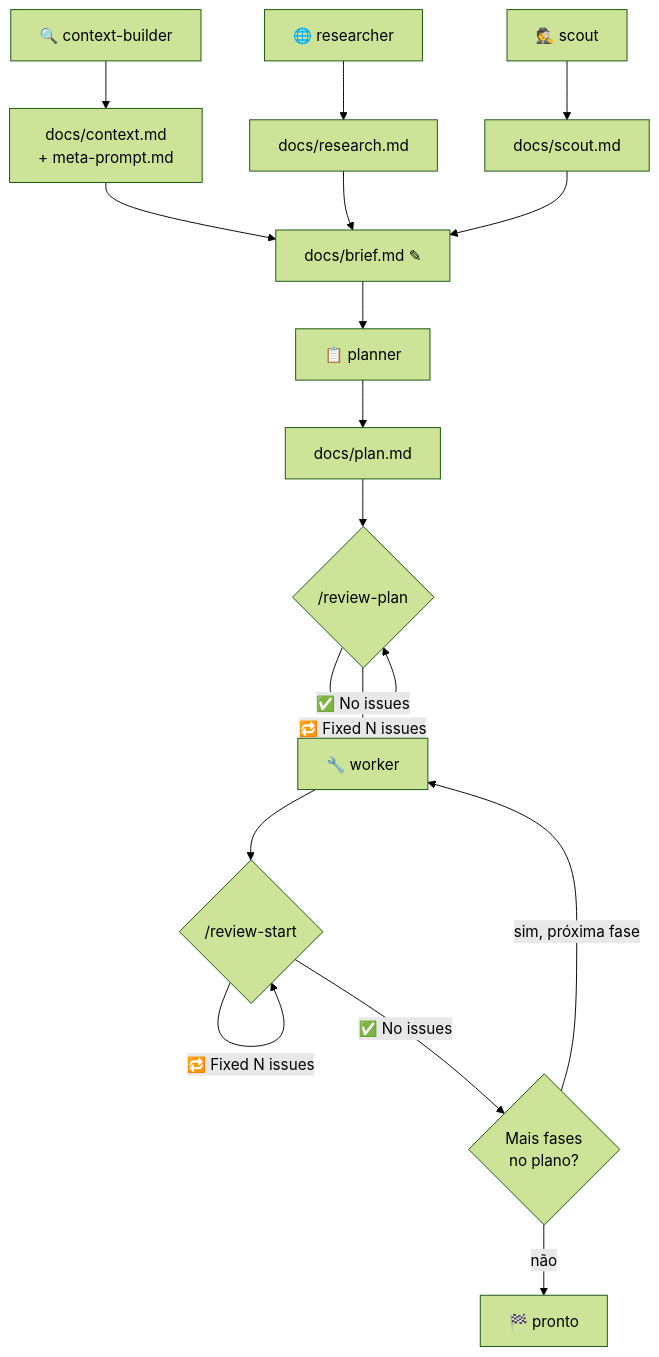
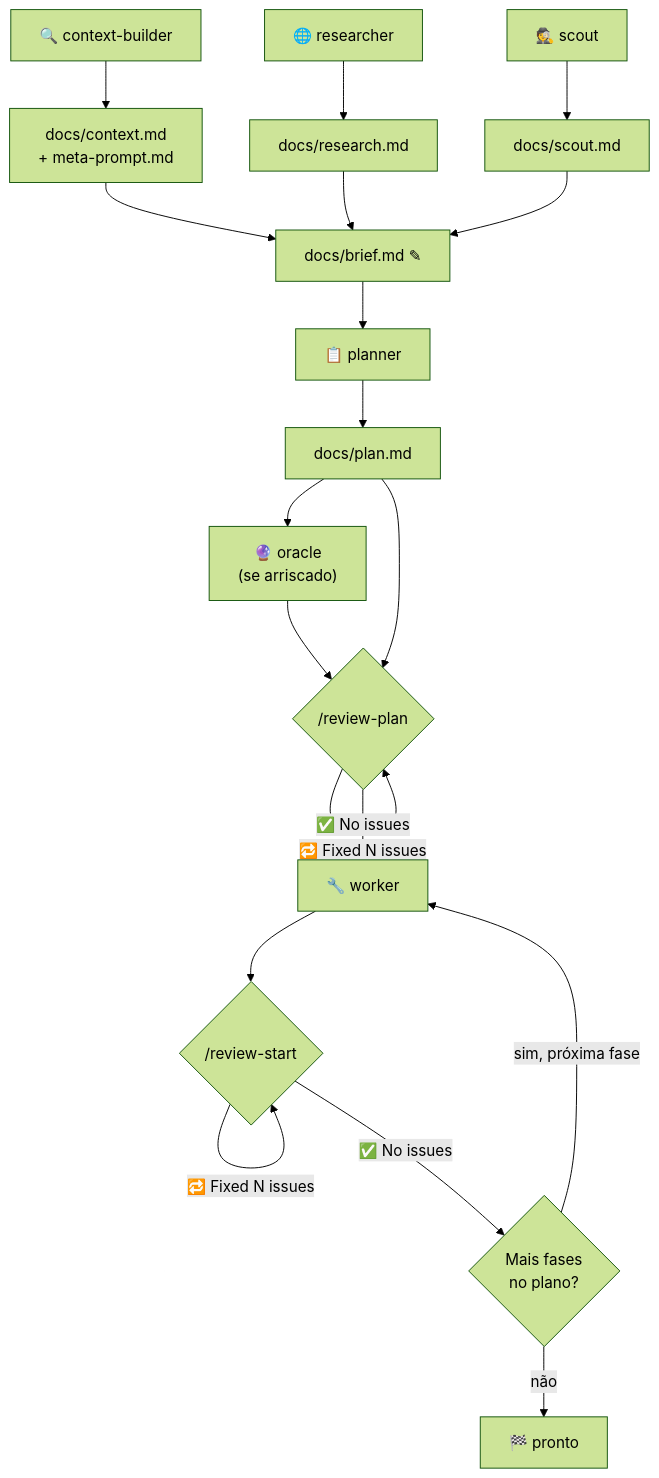
The diagram in PI_DEV_CHEATSHEET.md (docg1701/pi-dev-config), drawn with Mermaid (forest theme) before and after one commit. The commit also changed other lines of this file and 3 other files, not shown here.

````diff
--- a/PI_DEV_CHEATSHEET.md
+++ b/PI_DEV_CHEATSHEET.md
@@ -35,23 +35,25 @@
 ```mermaid
 flowchart TD
     CB["🔍 context-builder"] --> CTX["docs/context.md<br>+ meta-prompt.md"]
     RS["🌐 researcher"] --> RES["docs/research.md"]
     SC["🕵️ scout"] --> SCT["docs/scout.md"]
 
     CTX --> BRIEF["docs/brief.md ✎"]
     RES --> BRIEF
     SCT --> BRIEF
 
     BRIEF --> PL["📋 planner"]
     PL --> PLAN["docs/plan.md"]
 
-    PLAN --> RPL{"/review-plan"}
+    PLAN --> ORA["🔮 oracle<br>(se arriscado)"]
+    ORA --> RPL{"/review-plan"}
+    PLAN --> RPL
     RPL -->|"✅ No issues"| WK["🔧 worker"]
     RPL -->|"🔁 Fixed N issues"| RPL
 
     WK --> RST{"/review-start"}
     RST -->|"🔁 Fixed N issues"| RST
     RST -->|"✅ No issues"| MAIS{"Mais fases<br>no plano?"}
     MAIS -->|"sim, próxima fase"| WK
     MAIS -->|"não"| FIM["🏁 pronto"]
 ```
````
